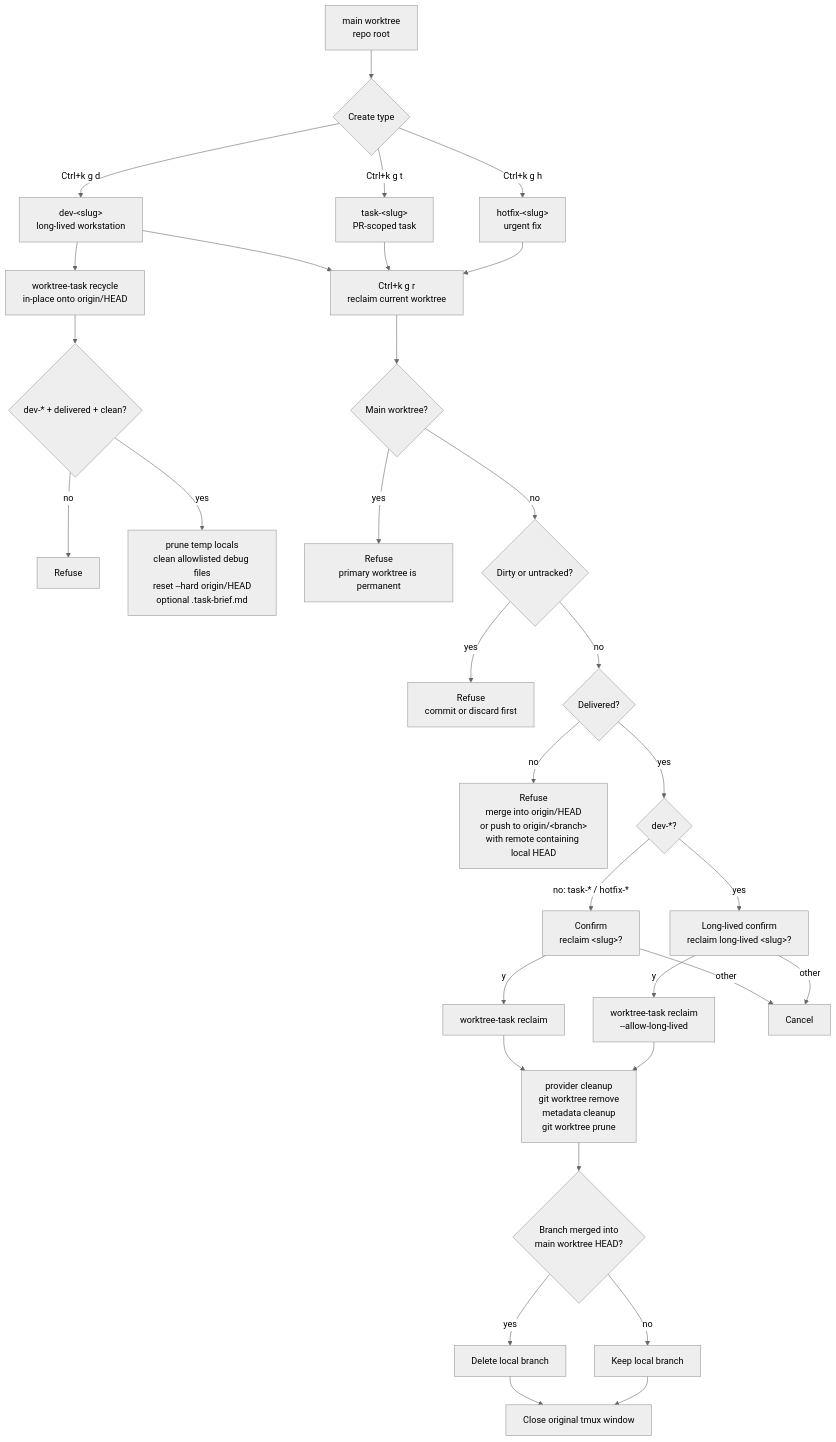
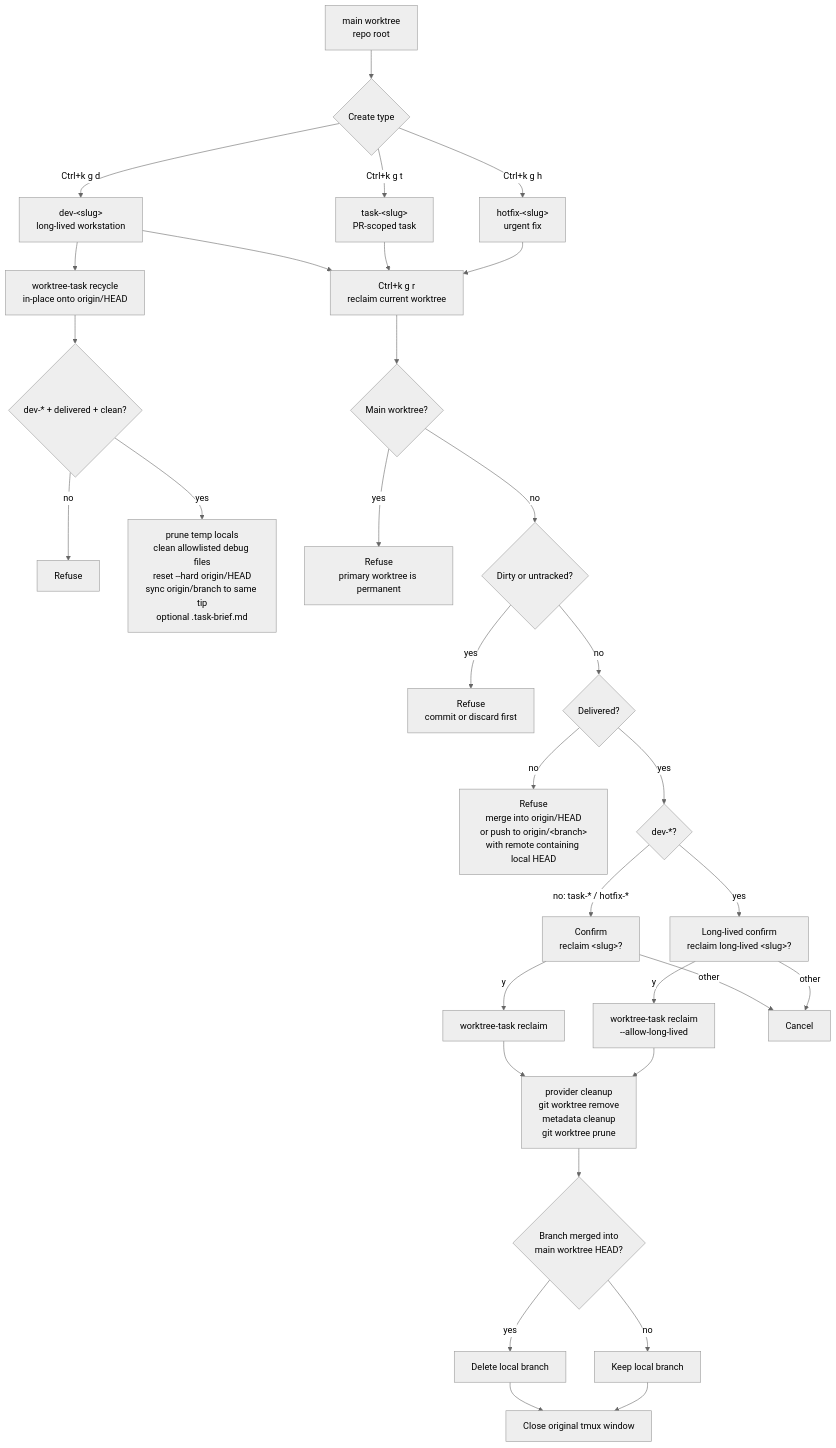
Before and after one commit to yunsii/wezdeck: the second of 2 diagrams in docs/workspaces.md, drawn with Mermaid (neutral theme). The commit also changed other lines of this file and 7 other files, not shown here.

````diff
--- a/docs/workspaces.md
+++ b/docs/workspaces.md
@@ -115,45 +115,45 @@
 ```mermaid
 flowchart TD
   A["main worktree<br/>repo root"] --> B{"Create type"}
 
   B -->|"Ctrl+k g d"| D["dev-&lt;slug&gt;<br/>long-lived workstation"]
   B -->|"Ctrl+k g t"| T["task-&lt;slug&gt;<br/>PR-scoped task"]
   B -->|"Ctrl+k g h"| H["hotfix-&lt;slug&gt;<br/>urgent fix"]
 
   D --> RC["worktree-task recycle<br/>in-place onto origin/HEAD"]
   D --> R["Ctrl+k g r<br/>reclaim current worktree"]
   T --> R
   H --> R
 
   RC --> RC1{"dev-* + delivered + clean?"}
   RC1 -->|"no"| RCX["Refuse"]
-  RC1 -->|"yes"| RC2["prune temp locals<br/>clean allowlisted debug files<br/>reset --hard origin/HEAD<br/>optional .task-brief.md"]
+  RC1 -->|"yes"| RC2["prune temp locals<br/>clean allowlisted debug files<br/>reset --hard origin/HEAD<br/>sync origin/branch to same tip<br/>optional .task-brief.md"]
 
   R --> C1{"Main worktree?"}
   C1 -->|"yes"| X1["Refuse<br/>primary worktree is permanent"]
   C1 -->|"no"| C2{"Dirty or untracked?"}
 
   C2 -->|"yes"| X2["Refuse<br/>commit or discard first"]
   C2 -->|"no"| C3{"Delivered?"}
 
   C3 -->|"no"| X3["Refuse<br/>merge into origin/HEAD<br/>or push to origin/&lt;branch&gt;<br/>with remote containing local HEAD"]
   C3 -->|"yes"| C4{"dev-*?"}
 
   C4 -->|"no: task-* / hotfix-*"| Y1["Confirm<br/>reclaim &lt;slug&gt;?"]
   C4 -->|"yes"| Y2["Long-lived confirm<br/>reclaim long-lived &lt;slug&gt;?"]
 
   Y1 -->|"y"| Z1["worktree-task reclaim"]
   Y2 -->|"y"| Z2["worktree-task reclaim<br/>--allow-long-lived"]
   Y1 -->|"other"| K["Cancel"]
   Y2 -->|"other"| K
 
   Z1 --> W["provider cleanup<br/>git worktree remove<br/>metadata cleanup<br/>git worktree prune"]
   Z2 --> W
 
   W --> Q{"Branch merged into<br/>main worktree HEAD?"}
   Q -->|"yes"| BD["Delete local branch"]
   Q -->|"no"| BK["Keep local branch"]
 
   BD --> END["Close original tmux window"]
   BK --> END
 ```
````
